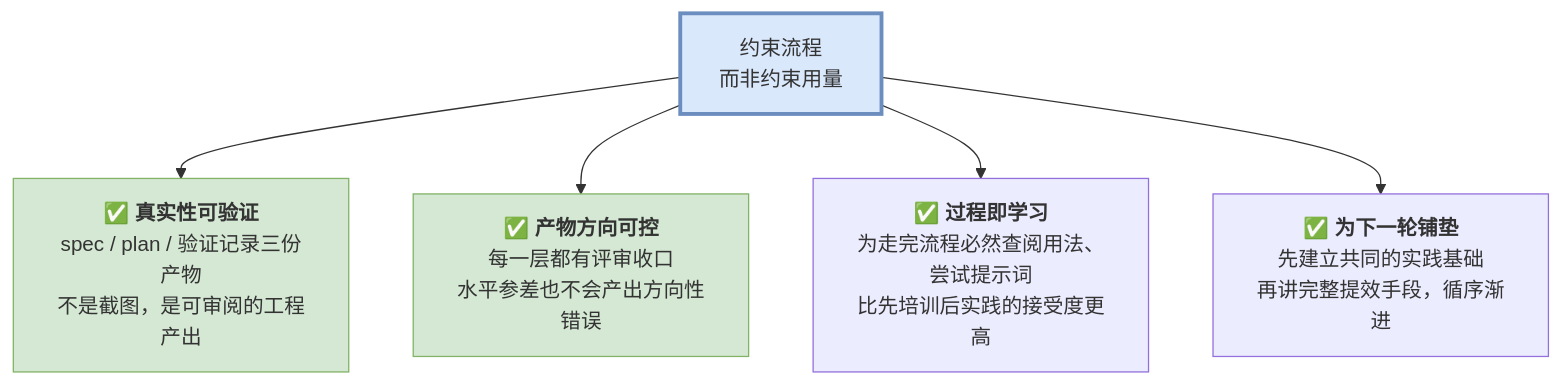
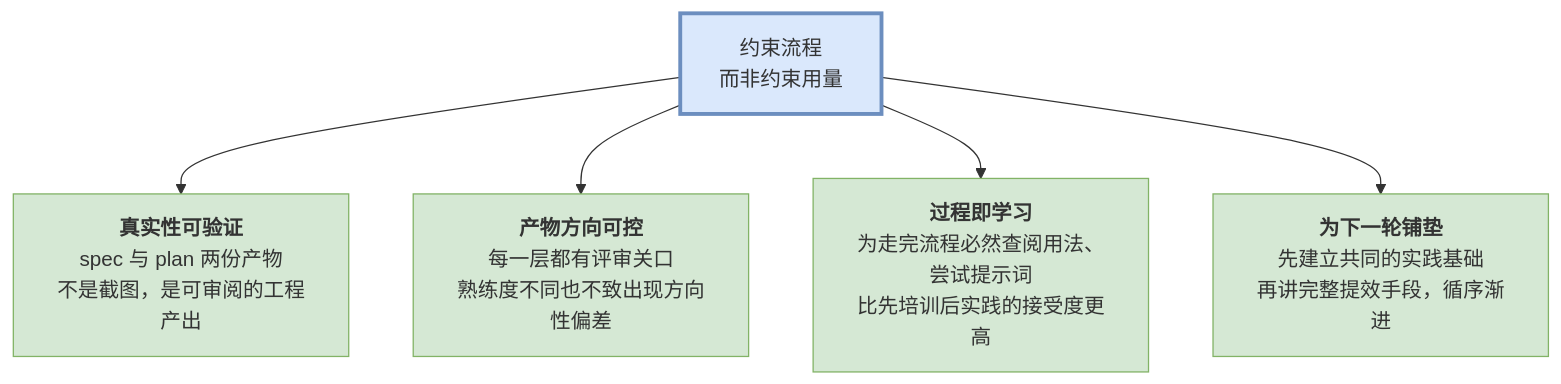
The first of 5 diagrams in 全员认知培训/研发AI提效落地方案·流程先行（试行）.md (Woaini654321/efficiency-improvement), drawn with Mermaid before and after one commit. The commit also changed other lines of this file, not shown here.

````diff
--- a/全员认知培训/研发AI提效落地方案·流程先行（试行）.md
+++ b/全员认知培训/研发AI提效落地方案·流程先行（试行）.md
@@ -24,11 +25,13 @@
 ```mermaid
 flowchart TD
     C["约束流程<br/>而非约束用量"]
-    C --> R1["✅ <b>真实性可验证</b><br/>spec / plan / 验证记录三份产物<br/>不是截图，是可审阅的工程产出"]
-    C --> R2["✅ <b>产物方向可控</b><br/>每一层都有评审收口<br/>水平参差也不会产出方向性错误"]
-    C --> R3["✅ <b>过程即学习</b><br/>为走完流程必然查阅用法、尝试提示词<br/>比先培训后实践的接受度更高"]
-    C --> R4["✅ <b>为下一轮铺垫</b><br/>先建立共同的实践基础<br/>再讲完整提效手段，循序渐进"]
+    C --> R1["<b>真实性可验证</b><br/>spec 与 plan 两份产物<br/>不是截图，是可审阅的工程产出"]
+    C --> R2["<b>产物方向可控</b><br/>每一层都有评审关口<br/>熟练度不同也不致出现方向性偏差"]
+    C --> R3["<b>过程即学习</b><br/>为走完流程必然查阅用法、尝试提示词<br/>比先培训后实践的接受度更高"]
+    C --> R4["<b>为下一轮铺垫</b><br/>先建立共同的实践基础<br/>再讲完整提效手段，循序渐进"]
     style C fill:#dae8fc,stroke:#6c8ebf,stroke-width:3px
     style R1 fill:#d5e8d4,stroke:#82b366
     style R2 fill:#d5e8d4,stroke:#82b366
+    style R3 fill:#d5e8d4,stroke:#82b366
+    style R4 fill:#d5e8d4,stroke:#82b366
 ```
````
